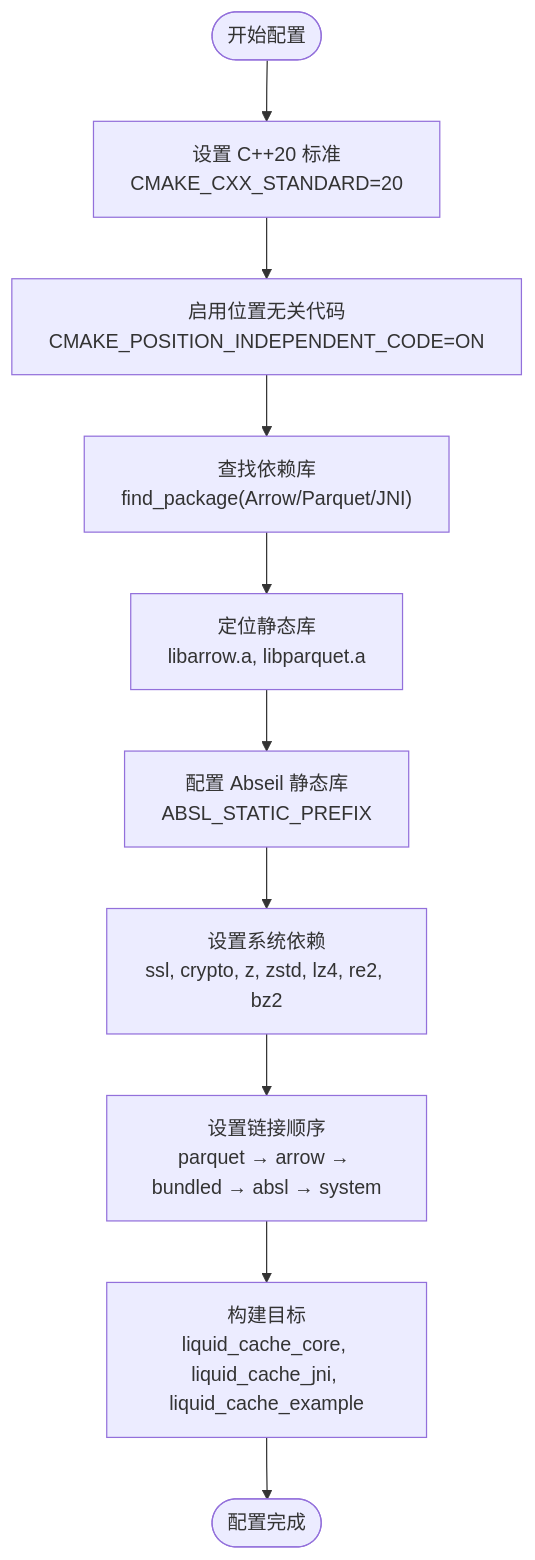
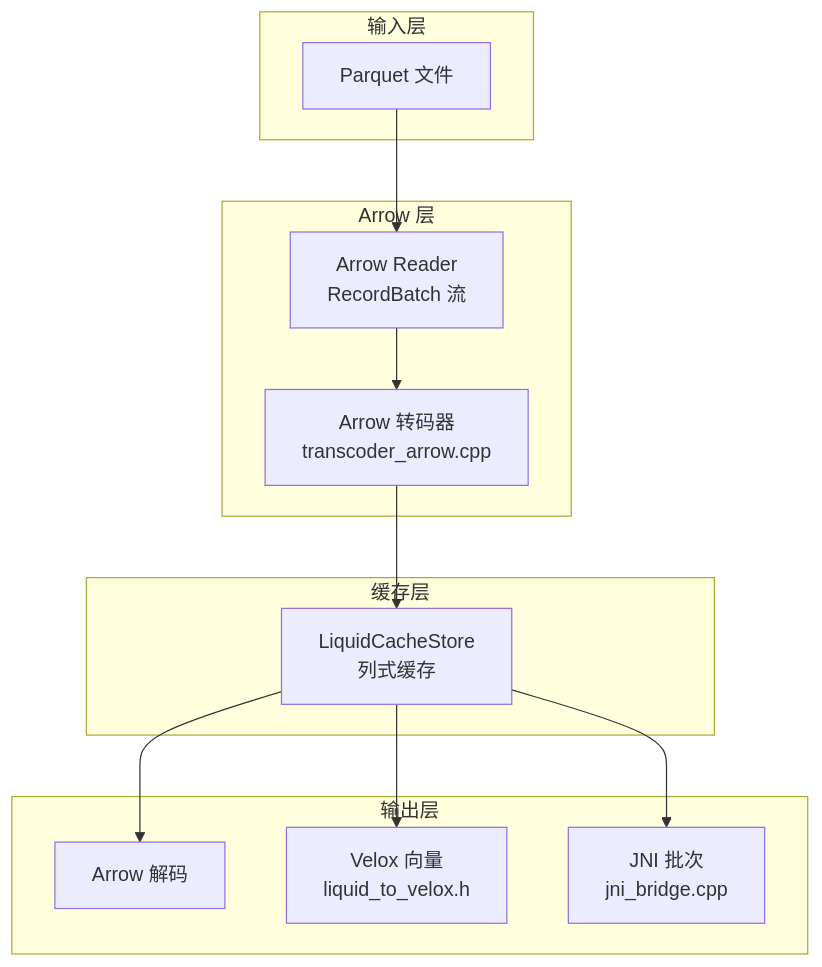
The second of 7 diagrams in .qoder/repowiki/zh/content/快速开始.md (tenglei/liquidCacheVelox), drawn with Mermaid before and after one commit. The commit also changed other lines of this file and 324 other files, not shown here.

First line of the commit message:
feat: Velox integration - liquid_velox_benchmark, liquid_to_velox, tests, and build artifacts

````diff
--- a/.qoder/repowiki/zh/content/快速开始.md
+++ b/.qoder/repowiki/zh/content/快速开始.md
@@ -189,12 +100,22 @@
 ```mermaid
-flowchart TD
-Start([开始配置]) --> SetStandard["设置 C++20 标准<br/>CMAKE_CXX_STANDARD=20"]
-SetStandard --> SetPIE["启用位置无关代码<br/>CMAKE_POSITION_INDEPENDENT_CODE=ON"]
-SetPIE --> FindDeps["查找依赖库<br/>find_package(Arrow/Parquet/JNI)"]
-FindDeps --> StaticLibs["定位静态库<br/>libarrow.a, libparquet.a"]
-StaticLibs --> AbslStatic["配置 Abseil 静态库<br/>ABSL_STATIC_PREFIX"]
-AbslStatic --> SystemDeps["设置系统依赖<br/>ssl, crypto, z, zstd, lz4, re2, bz2"]
-SystemDeps --> LinkOrder["设置链接顺序<br/>parquet → arrow → bundled → absl → system"]
-LinkOrder --> BuildTargets["构建目标<br/>liquid_cache_core, liquid_cache_jni, liquid_cache_example"]
-BuildTargets --> End([配置完成])
+graph TB
+subgraph "输入层"
+P["Parquet 文件"]
+end
+subgraph "Arrow 层"
+AR["Arrow Reader<br/>RecordBatch 流"]
+TA["Arrow 转码器<br/>transcoder_arrow.cpp"]
+end
+subgraph "缓存层"
+CS["LiquidCacheStore<br/>列式缓存"]
+end
+subgraph "输出层"
+AO["Arrow 解码"]
+VX["Velox 向量<br/>liquid_to_velox.h"]
+JV["JNI 批次<br/>jni_bridge.cpp"]
+end
+P --> AR --> TA --> CS
+CS --> AO
+CS --> VX
+CS --> JV
 ```
````
